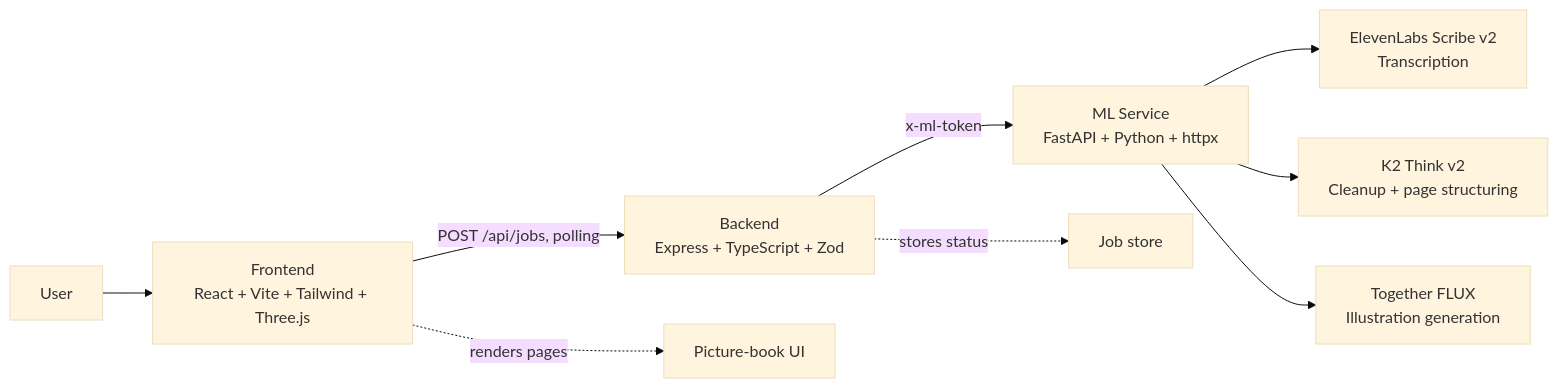
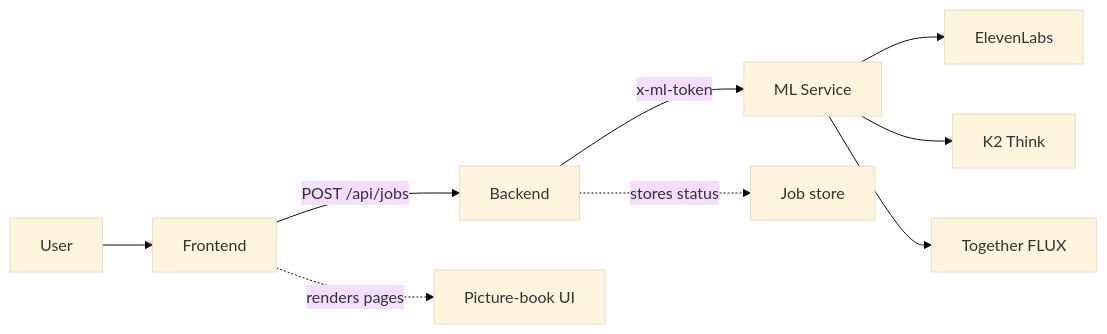
Before and after one commit to Ananya-Jha-code/DreamsComeTrue: the diagram in README.md, drawn with Mermaid (base theme).

Commit message:
Readme fix

````diff
--- a/README.md
+++ b/README.md
@@ -34,13 +34,13 @@
 ```mermaid
 flowchart LR
-	user[User] --> ui[Frontend<br/>React + Vite + Tailwind + Three.js]
-	ui -- POST /api/jobs, polling --> api[Backend<br/>Express + TypeScript + Zod]
-	api -- x-ml-token --> ml[ML Service<br/>FastAPI + Python + httpx]
+  user[User] --> ui[Frontend]
+  ui -->|POST /api/jobs| api[Backend]
+  api -->|x-ml-token| ml[ML Service]
 
-	ml --> stt[ElevenLabs Scribe v2<br/>Transcription]
-	ml --> k2[K2 Think v2<br/>Cleanup + page structuring]
-	ml --> img[Together FLUX<br/>Illustration generation]
+  ml --> stt[ElevenLabs]
+  ml --> k2[K2 Think]
+  ml --> img[Together FLUX]
 
-	api -. stores status .-> store[Job store]
-	ui -. renders pages .-> book[Picture-book UI]
+  api -. stores status .-> store[Job store]
+  ui -. renders pages .-> book[Picture-book UI]
 ```
````
